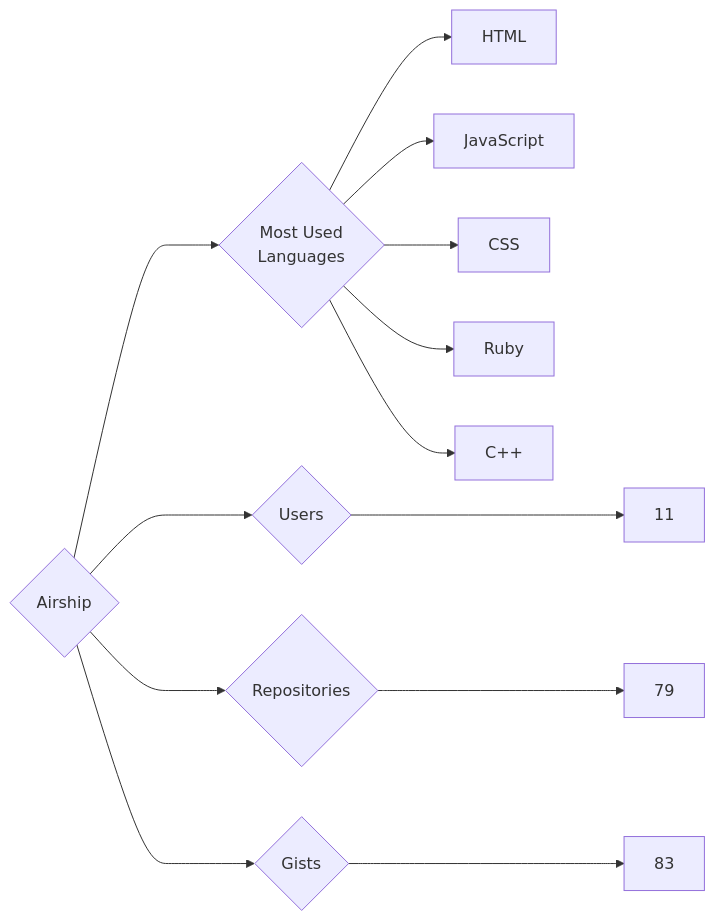
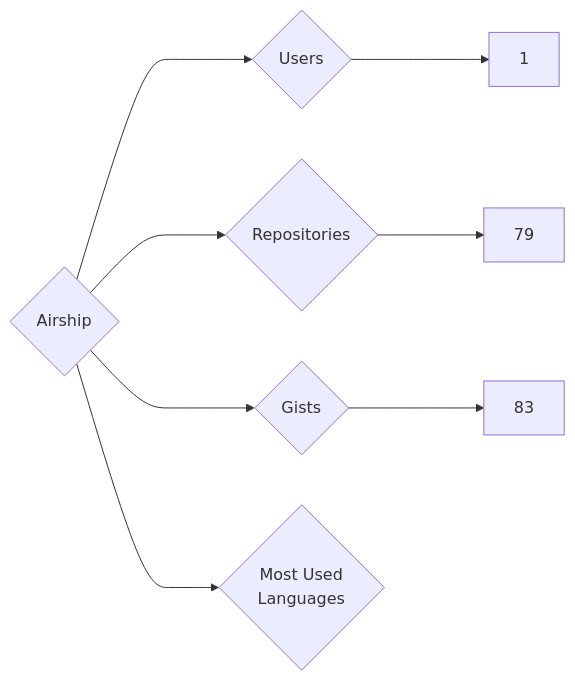
Before and after one commit to trickest/insiders: the diagram in targets/Airship/README.md, drawn with Mermaid. The commit also changed 861 other files, not shown here.

````diff
--- a/targets/Airship/README.md
+++ b/targets/Airship/README.md
@@ -3,13 +3,8 @@
 ```mermaid
 graph LR
 COMPANY_NAME{Airship}
-COMPANY_NAME ---> U{Users} ---> UN[11]
+COMPANY_NAME ---> U{Users} ---> UN[1]
 COMPANY_NAME ---> R{Repositories} ---> RN[79]
 COMPANY_NAME ---> G{Gists} ---> GN[83]
 COMPANY_NAME ---> ML{Most Used<br>Languages}
-ML --> HTML[HTML]
-ML --> JavaScript[JavaScript]
-ML --> CSS[CSS]
-ML --> Ruby[Ruby]
-ML --> C++[C++]
 ```
````
